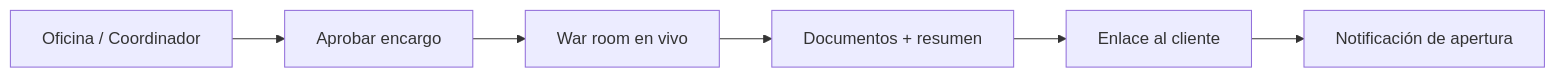
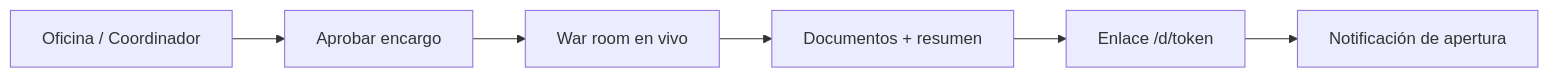
Before and after one commit to kreodevs/ia-company: the diagram in frontend/src/content/help/guia-piloto.md, drawn with Mermaid. The commit also changed other lines of this file and 26 other files, not shown here.

````diff
--- a/frontend/src/content/help/guia-piloto.md
+++ b/frontend/src/content/help/guia-piloto.md
@@ -31,8 +33,8 @@
 ```mermaid
 flowchart LR
   A[Oficina / Coordinador] --> B[Aprobar encargo]
   B --> C[War room en vivo]
   C --> D[Documentos + resumen]
-  D --> E[Enlace al cliente]
+  D --> E[Enlace /d/token]
   E --> F[Notificación de apertura]
 ```
````
